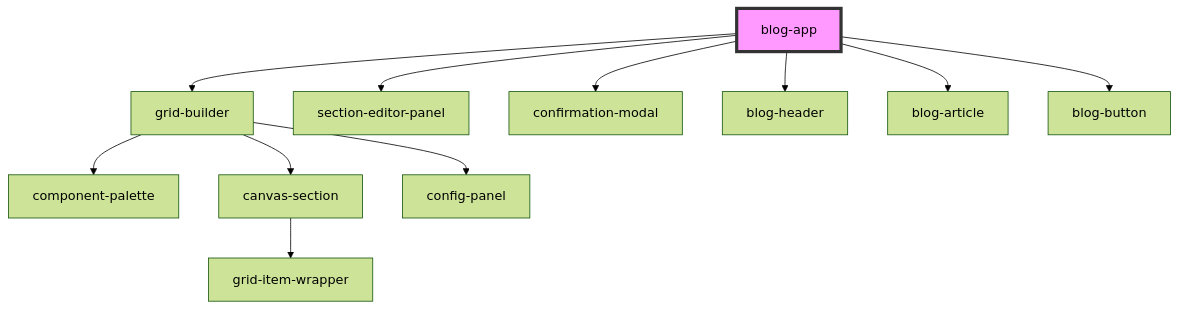
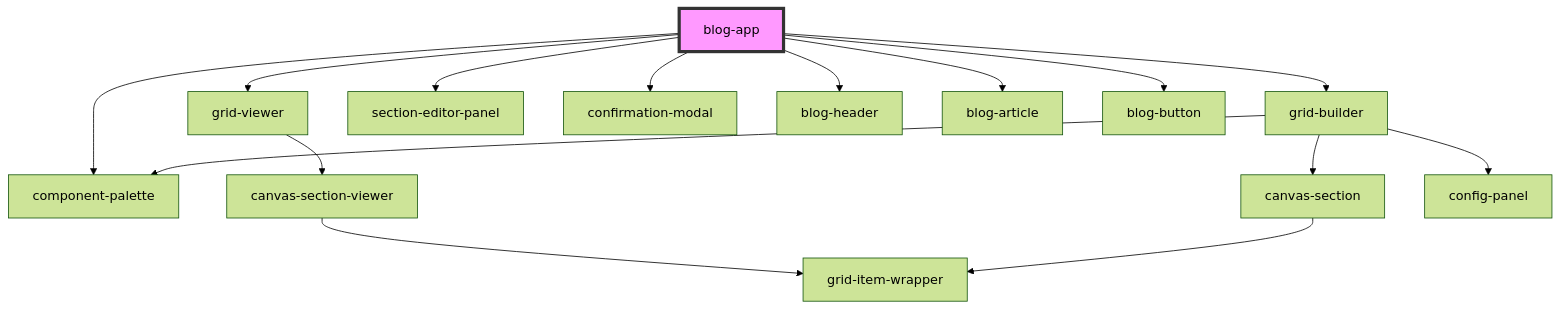
One commit to lucidworks/grid-builder-poc changed the diagram in stencil-grid-builder/src/demo/components/blog-app/readme.md. Above: the diagram before and after it, drawn with Mermaid (forest theme). The commit also changed other lines of this file and 5 other files, not shown here.

````diff
--- a/stencil-grid-builder/src/demo/components/blog-app/readme.md
+++ b/stencil-grid-builder/src/demo/components/blog-app/readme.md
@@ -28,14 +30,18 @@
 ```mermaid
 graph TD;
+  blog-app --> component-palette
+  blog-app --> grid-viewer
   blog-app --> grid-builder
   blog-app --> section-editor-panel
   blog-app --> confirmation-modal
   blog-app --> blog-header
   blog-app --> blog-article
   blog-app --> blog-button
+  grid-viewer --> canvas-section-viewer
+  canvas-section-viewer --> grid-item-wrapper
   grid-builder --> component-palette
   grid-builder --> canvas-section
   grid-builder --> config-panel
   canvas-section --> grid-item-wrapper
   style blog-app fill:#f9f,stroke:#333,stroke-width:4px
 ```
````
